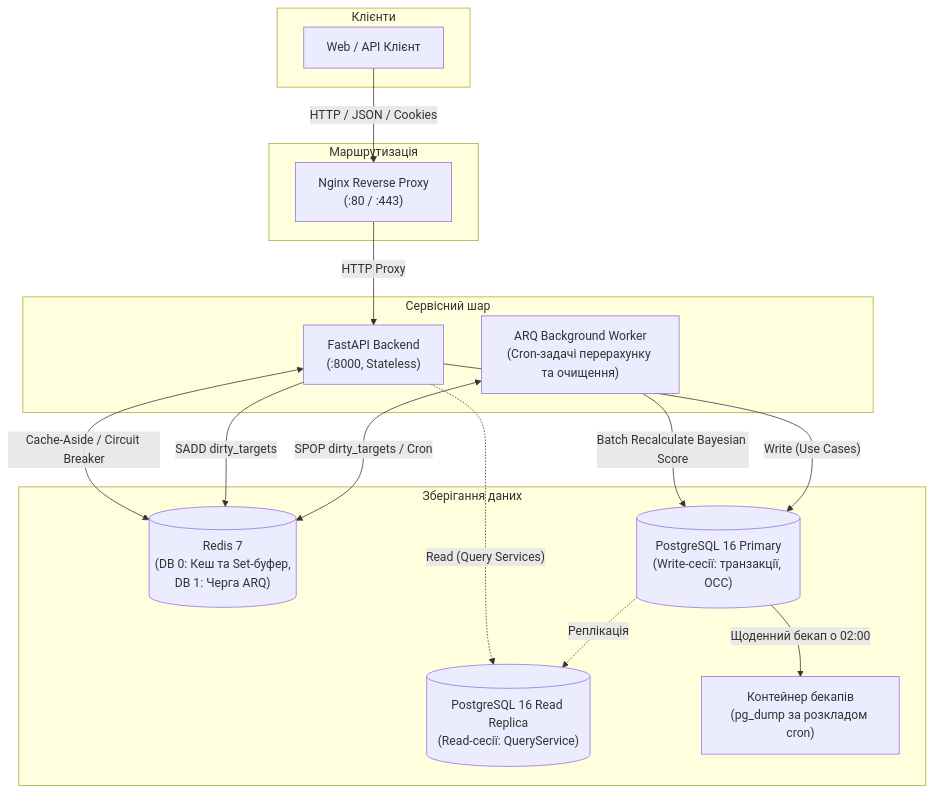
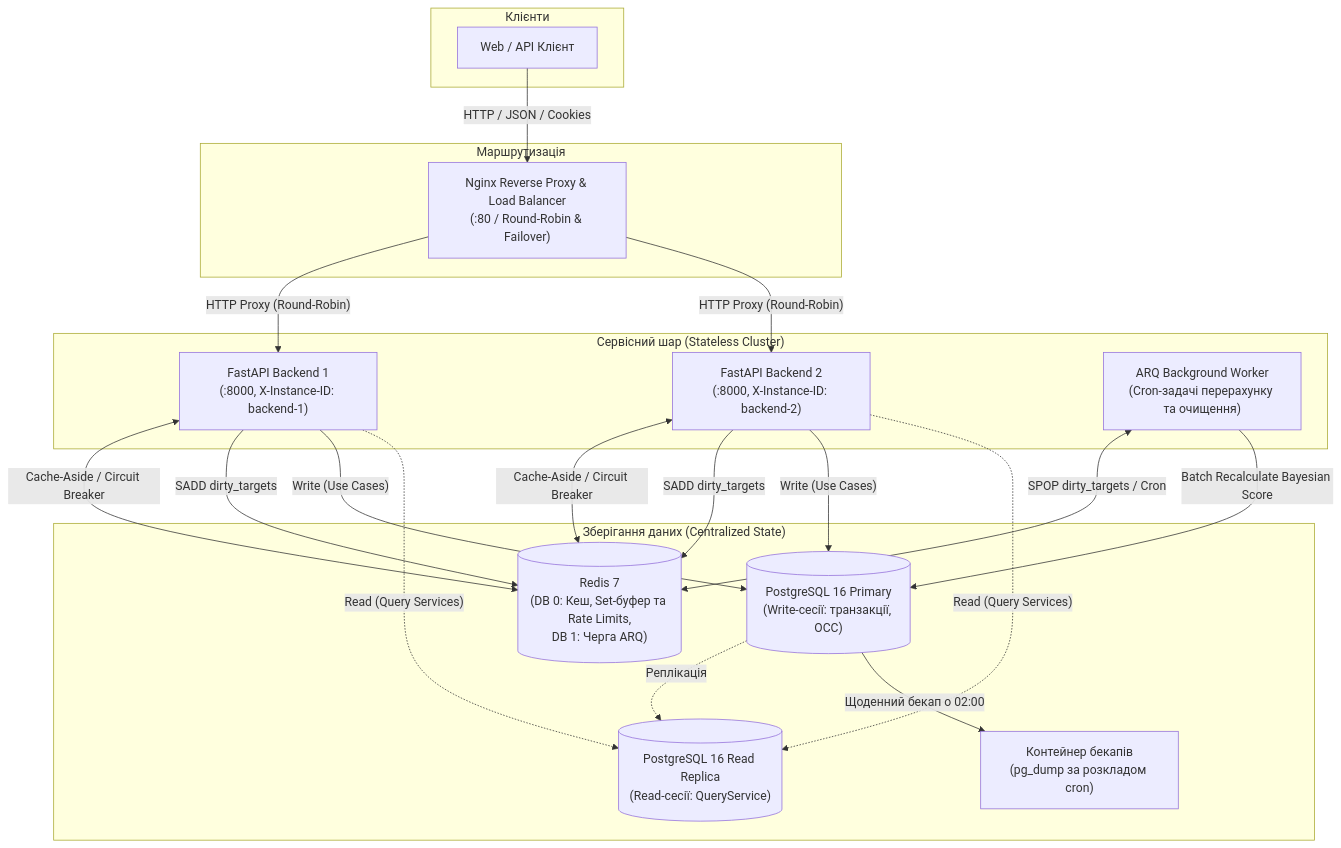
One commit to endi-27/rating-platform changed the second of 2 diagrams in README.md. Above: the diagram before and after it, drawn with Mermaid. The commit also changed other lines of this file and 6 other files, not shown here.

Commit message:
feat(infra): implement stateless multi-instance cluster, uvicorn keepalive tuning and resilience verification (Lab 2)

````diff
--- a/README.md
+++ b/README.md
@@ -94,37 +94,43 @@
 ```mermaid
 flowchart TD
     subgraph Clients["Клієнти"]
         Client["Web / API Клієнт"]
     end
 
     subgraph Edge["Маршрутизація"]
-        Nginx["Nginx Reverse Proxy\n(:80 / :443)"]
+        Nginx["Nginx Reverse Proxy & Load Balancer\n(:80 / Round-Robin & Failover)"]
     end
 
-    subgraph App["Сервісний шар"]
-        Backend["FastAPI Backend\n(:8000, Stateless)"]
+    subgraph App["Сервісний шар (Stateless Cluster)"]
+        Backend1["FastAPI Backend 1\n(:8000, X-Instance-ID: backend-1)"]
+        Backend2["FastAPI Backend 2\n(:8000, X-Instance-ID: backend-2)"]
         Worker["ARQ Background Worker\n(Cron-задачі перерахунку та очищення)"]
     end
 
-    subgraph Storage["Зберігання даних"]
-        Redis[("Redis 7\n(DB 0: Кеш та Set-буфер,\nDB 1: Черга ARQ)")]
+    subgraph Storage["Зберігання даних (Centralized State)"]
+        Redis[("Redis 7\n(DB 0: Кеш, Set-буфер та Rate Limits,\nDB 1: Черга ARQ)")]
         PostgresPrimary[("PostgreSQL 16 Primary\n(Write-сесії: транзакції, OCC)")]
         PostgresReplica[("PostgreSQL 16 Read Replica\n(Read-сесії: QueryService)")]
         Backup["Контейнер бекапів\n(pg_dump за розкладом cron)"]
     end
 
     Client -->|"HTTP / JSON / Cookies"| Nginx
-    Nginx -->|"HTTP Proxy"| Backend
+    Nginx -->|"HTTP Proxy (Round-Robin)"| Backend1
+    Nginx -->|"HTTP Proxy (Round-Robin)"| Backend2
 
-    Backend <-->|"Cache-Aside / Circuit Breaker"| Redis
-    Backend -->|"SADD dirty_targets"| Redis
+    Backend1 <-->|"Cache-Aside / Circuit Breaker"| Redis
+    Backend2 <-->|"Cache-Aside / Circuit Breaker"| Redis
+    Backend1 -->|"SADD dirty_targets"| Redis
+    Backend2 -->|"SADD dirty_targets"| Redis
 
     Worker <-->|"SPOP dirty_targets / Cron"| Redis
     Worker -->|"Batch Recalculate Bayesian Score"| PostgresPrimary
 
-    Backend -->|"Write (Use Cases)"| PostgresPrimary
-    Backend -.->|"Read (Query Services)"| PostgresReplica
+    Backend1 -->|"Write (Use Cases)"| PostgresPrimary
+    Backend2 -->|"Write (Use Cases)"| PostgresPrimary
+    Backend1 -.->|"Read (Query Services)"| PostgresReplica
+    Backend2 -.->|"Read (Query Services)"| PostgresReplica
 
     PostgresPrimary -.->|"Реплікація"| PostgresReplica
     PostgresPrimary -->|"Щоденний бекап о 02:00"| Backup
 ```
````
